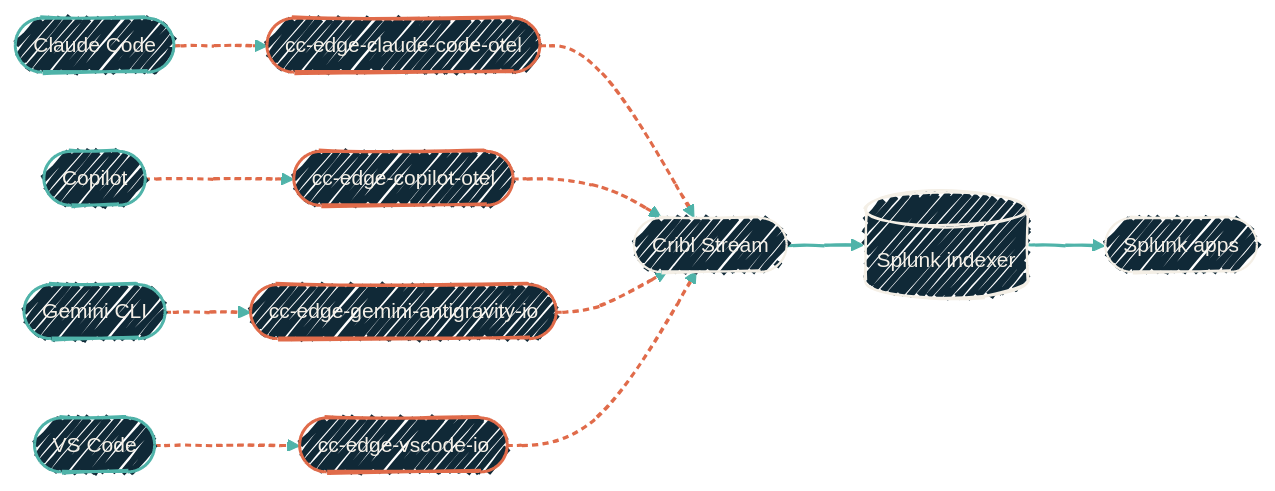
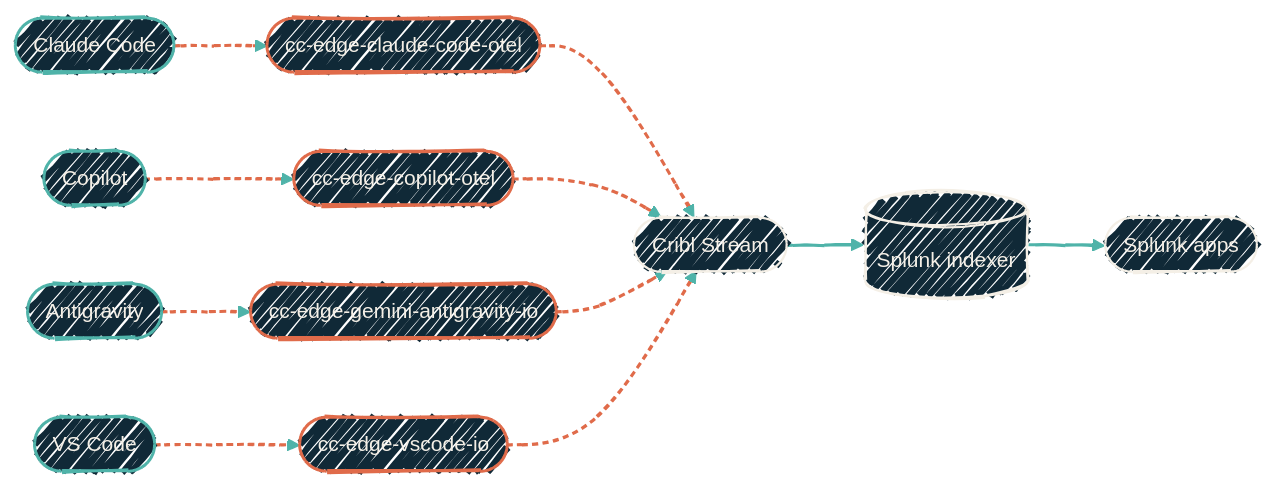
The diagram in observability/overview.mdx (JacobPEvans/docs), drawn with Mermaid before and after one commit. The commit also changed 11 other files, not shown here.

````diff
--- a/observability/overview.mdx
+++ b/observability/overview.mdx
@@ -16,42 +16,42 @@
 ```mermaid
 %%{init: {'theme':'base','look':'handDrawn','themeVariables':{'fontFamily':'Geist','fontSize':'14px','primaryColor':'#102937','primaryTextColor':'#F4EFE6','primaryBorderColor':'#4FB3A9','lineColor':'#4FB3A9','secondaryColor':'#0B1D2A','tertiaryColor':'#1A2A38','clusterBkg':'rgba(79,179,169,0.08)','clusterBorder':'#4FB3A9'}}}%%
 flowchart LR
   Claude([Claude Code])
   Copilot([Copilot])
-  Gemini([Gemini CLI])
+  Gemini([Antigravity])
   VSC([VS Code])
 
   CCO([cc-edge-claude-code-otel])
   CCP([cc-edge-copilot-otel])
   CAG([cc-edge-gemini-antigravity-io])
   CCV([cc-edge-vscode-io])
 
   Stream([Cribl Stream])
   SP[(Splunk indexer)]
   App([Splunk apps])
 
   Claude --> CCO --> Stream
   Copilot --> CCP --> Stream
   Gemini --> CAG --> Stream
   VSC --> CCV --> Stream
   Stream --> SP --> App
 
   classDef tool  fill:#102937,stroke:#4FB3A9,stroke-width:2px,color:#F4EFE6;
   classDef pack  fill:#102937,stroke:#E06B4A,stroke-width:2px,color:#F4EFE6;
   classDef route fill:#102937,stroke:#F4EFE6,stroke-width:1.5px,color:#F4EFE6;
 
   class Claude,Copilot,Gemini,VSC tool
   class CCO,CCP,CAG,CCV pack
   class Stream,SP,App route
 
   click SP "/observability/repos/ansible-splunk" "Splunk install + indexes"
   %% Cribl Edge pack repos (CCO/CCP/CAG/CCV) intentionally NOT clickable —
   %% Mermaid drops the _blank target attribute on flowchart clicks
   %% (https://github.com/mermaid-js/mermaid/issues/3077,
   %% https://github.com/mermaid-js/mermaid/issues/5550). The pack repo links
   %% are listed in the table below this diagram, where Mintlify
   %% auto-applies target="_blank" to external markdown links.
 
   linkStyle 0,1,2,3,4,5,6,7 stroke:#E06B4A,stroke-width:2px,stroke-dasharray:4 3;
   linkStyle 8,9 stroke:#4FB3A9,stroke-width:2px;
 ```
````
